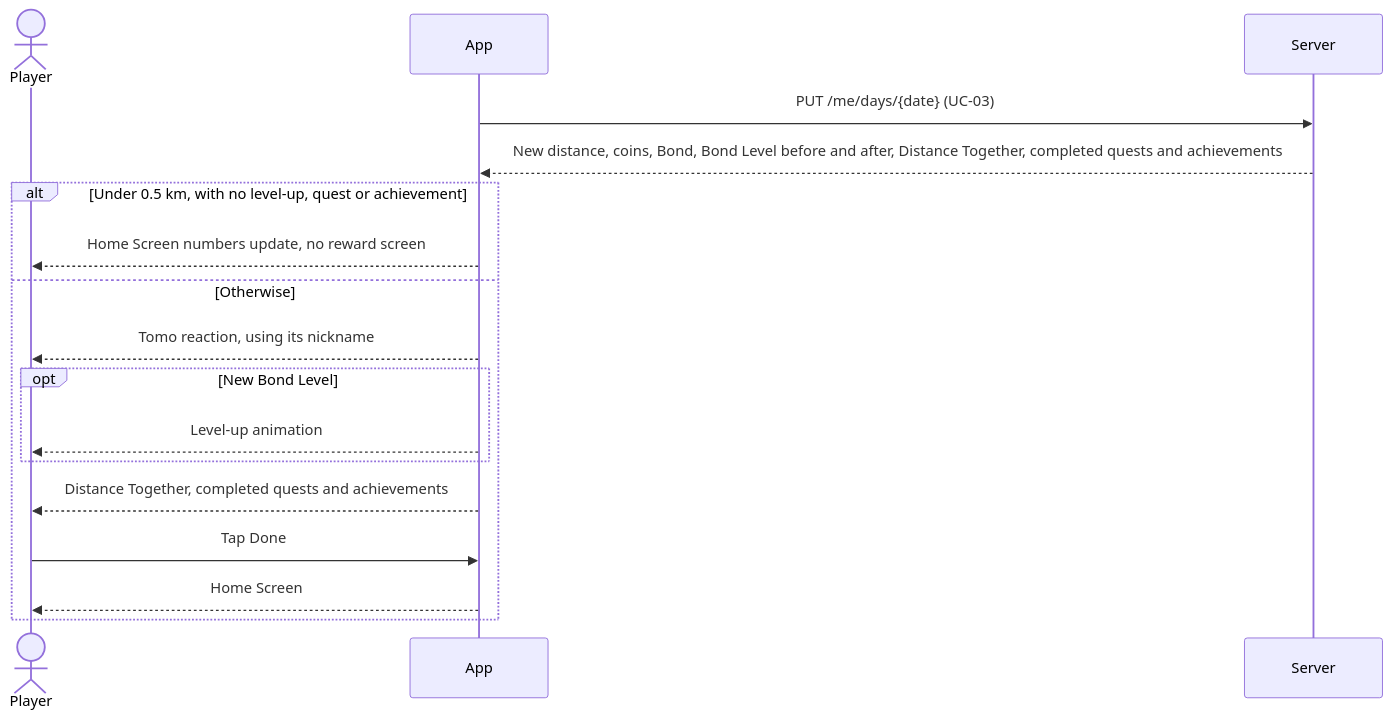
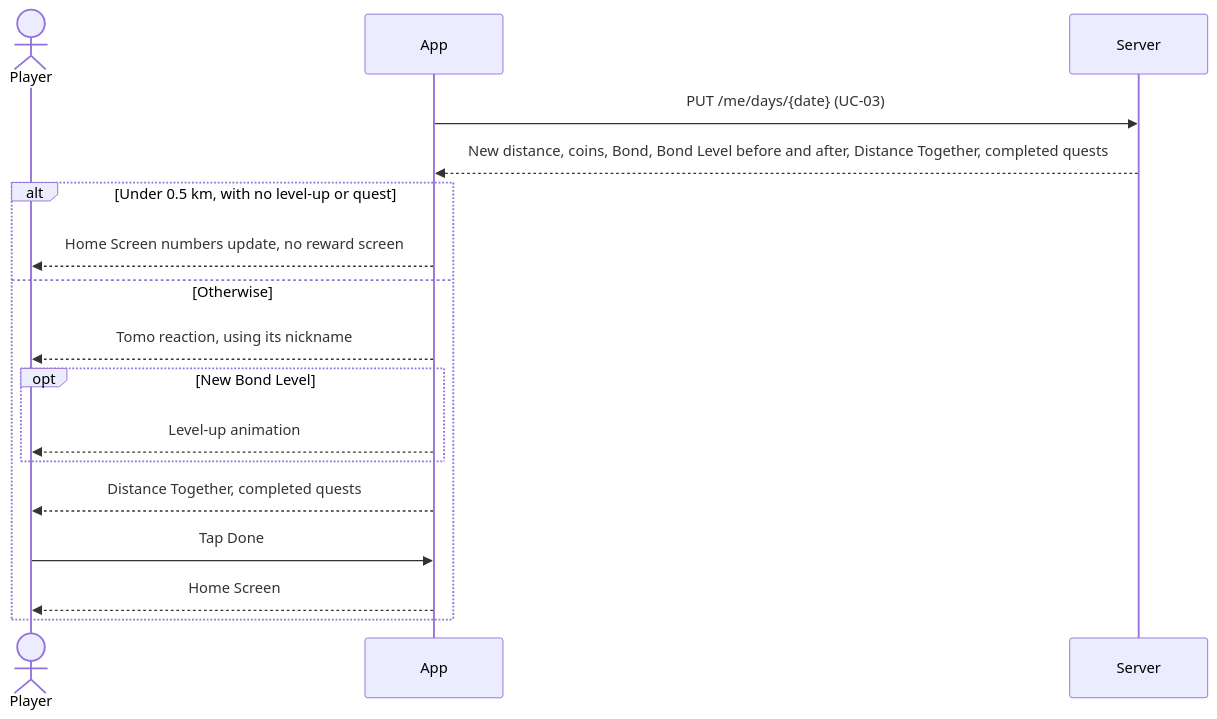
Before and after one commit to zhangs-tech/runtomo: the diagram in docs/usecases/UC-06-view-new-rewards.md, drawn with Mermaid. The commit also changed other lines of this file and 13 other files, not shown here.

Commit message:
docs: move static game data out of ERD and drop achievements from MVP

````diff
--- a/docs/usecases/UC-06-view-new-rewards.md
+++ b/docs/usecases/UC-06-view-new-rewards.md
@@ -57,20 +57,20 @@
 ```mermaid
 sequenceDiagram
     actor P as Player
     participant A as App
     participant S as Server
 
     A->>S: PUT /me/days/{date} (UC-03)
-    S-->>A: New distance, coins, Bond, Bond Level before and after, Distance Together, completed quests and achievements
-    alt Under 0.5 km, with no level-up, quest or achievement
+    S-->>A: New distance, coins, Bond, Bond Level before and after, Distance Together, completed quests
+    alt Under 0.5 km, with no level-up or quest
         A-->>P: Home Screen numbers update, no reward screen
     else Otherwise
         A-->>P: Tomo reaction, using its nickname
         opt New Bond Level
             A-->>P: Level-up animation
         end
-        A-->>P: Distance Together, completed quests and achievements
+        A-->>P: Distance Together, completed quests
         P->>A: Tap Done
         A-->>P: Home Screen
     end
 ```
````
